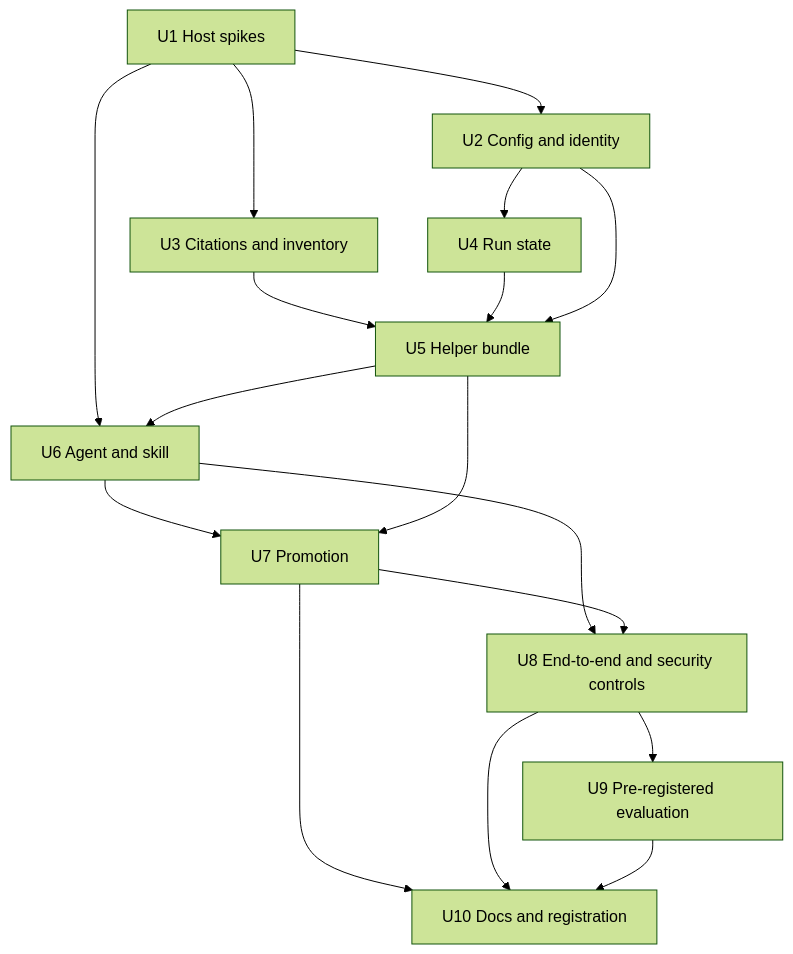
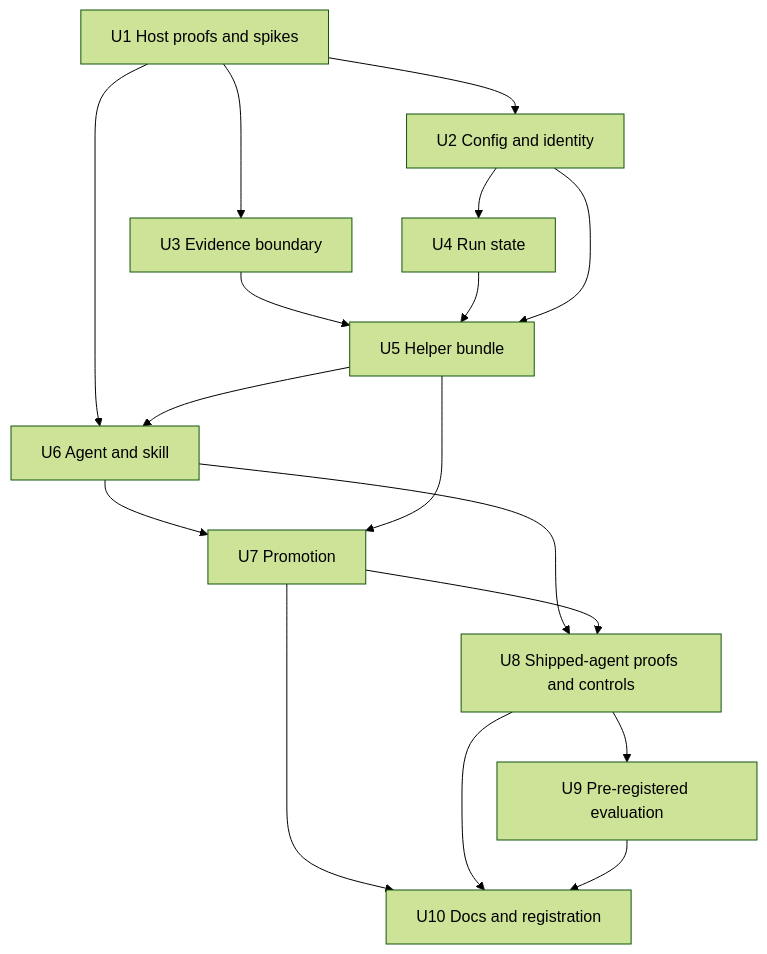
One commit to marcusrbrown/systematic changed the second of 2 diagrams in docs/plans/2026-11-06-001-feat-cross-project-connections-plan.md. Above: the diagram before and after it, drawn with Mermaid (forest theme). The commit also changed other lines of this file, not shown here.

````diff
--- a/docs/plans/2026-11-06-001-feat-cross-project-connections-plan.md
+++ b/docs/plans/2026-11-06-001-feat-cross-project-connections-plan.md
@@ -381,19 +416,19 @@
 ```mermaid
 flowchart TB
-    U1[U1 Host spikes] --> U2[U2 Config and identity]
-    U1 --> U3[U3 Citations and inventory]
+    U1[U1 Host proofs and spikes] --> U2[U2 Config and identity]
+    U1 --> U3[U3 Evidence boundary]
     U2 --> U4[U4 Run state]
     U3 --> U5[U5 Helper bundle]
     U4 --> U5
     U2 --> U5
     U1 --> U6[U6 Agent and skill]
     U5 --> U6
     U6 --> U7[U7 Promotion]
     U5 --> U7
-    U6 --> U8[U8 End-to-end and security controls]
+    U6 --> U8[U8 Shipped-agent proofs and controls]
     U7 --> U8
     U8 --> U9[U9 Pre-registered evaluation]
     U7 --> U10[U10 Docs and registration]
     U8 --> U10
     U9 --> U10
 ```
````
